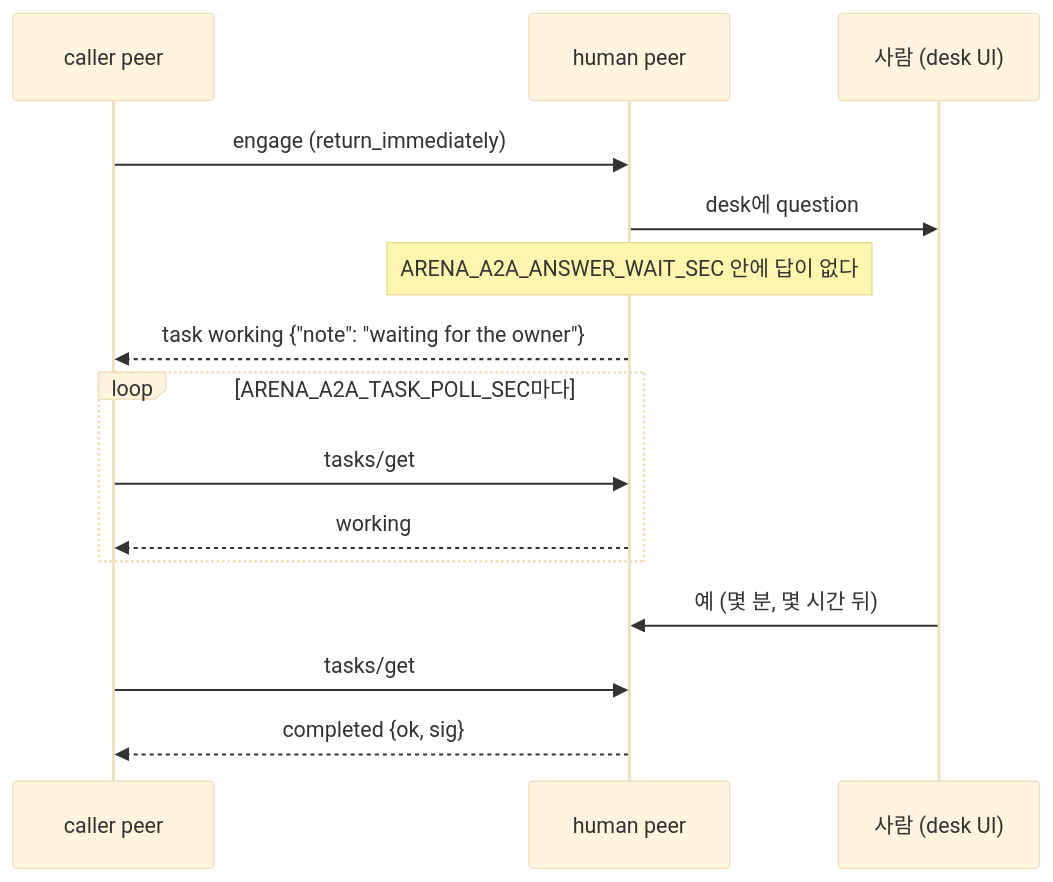
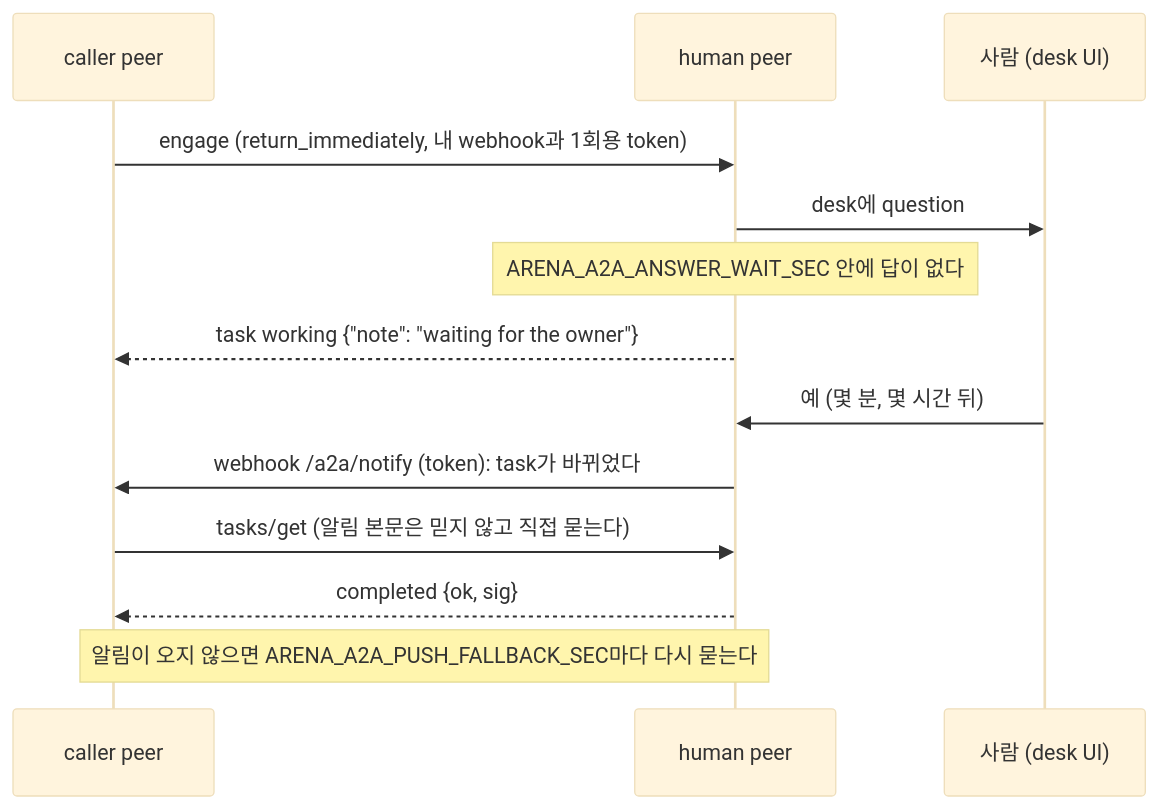
One commit to tanminkwan/share-ur-tokens changed diagram 22 of 32 in docs/education.md. Above: the diagram before and after it, drawn with Mermaid (base theme). The commit also changed other lines of this file and 10 other files, not shown here.

````diff
--- a/docs/education.md
+++ b/docs/education.md
@@ -553,17 +554,15 @@
 ```mermaid
 sequenceDiagram
     participant C as caller peer
     participant H as human peer
     participant P as 사람 (desk UI)
-    C->>H: engage (return_immediately)
+    C->>H: engage (return_immediately, 내 webhook과 1회용 token)
     H->>P: desk에 question
     Note over H: ARENA_A2A_ANSWER_WAIT_SEC 안에 답이 없다
     H-->>C: task working {"note": "waiting for the owner"}
-    loop ARENA_A2A_TASK_POLL_SEC마다
-        C->>H: tasks/get
-        H-->>C: working
-    end
     P->>H: 예 (몇 분, 몇 시간 뒤)
-    C->>H: tasks/get
+    H->>C: webhook /a2a/notify (token): task가 바뀌었다
+    C->>H: tasks/get (알림 본문은 믿지 않고 직접 묻는다)
     H-->>C: completed {ok, sig}
+    Note over C,H: 알림이 오지 않으면 ARENA_A2A_PUSH_FALLBACK_SEC마다 다시 묻는다
 ```
````
